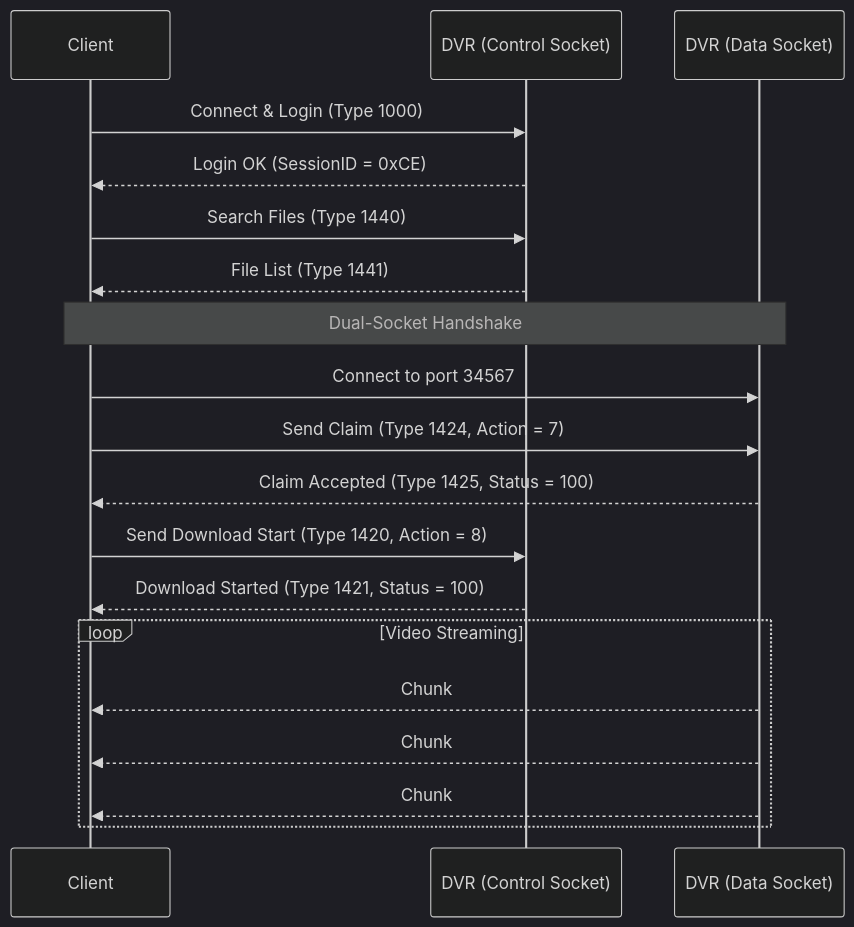
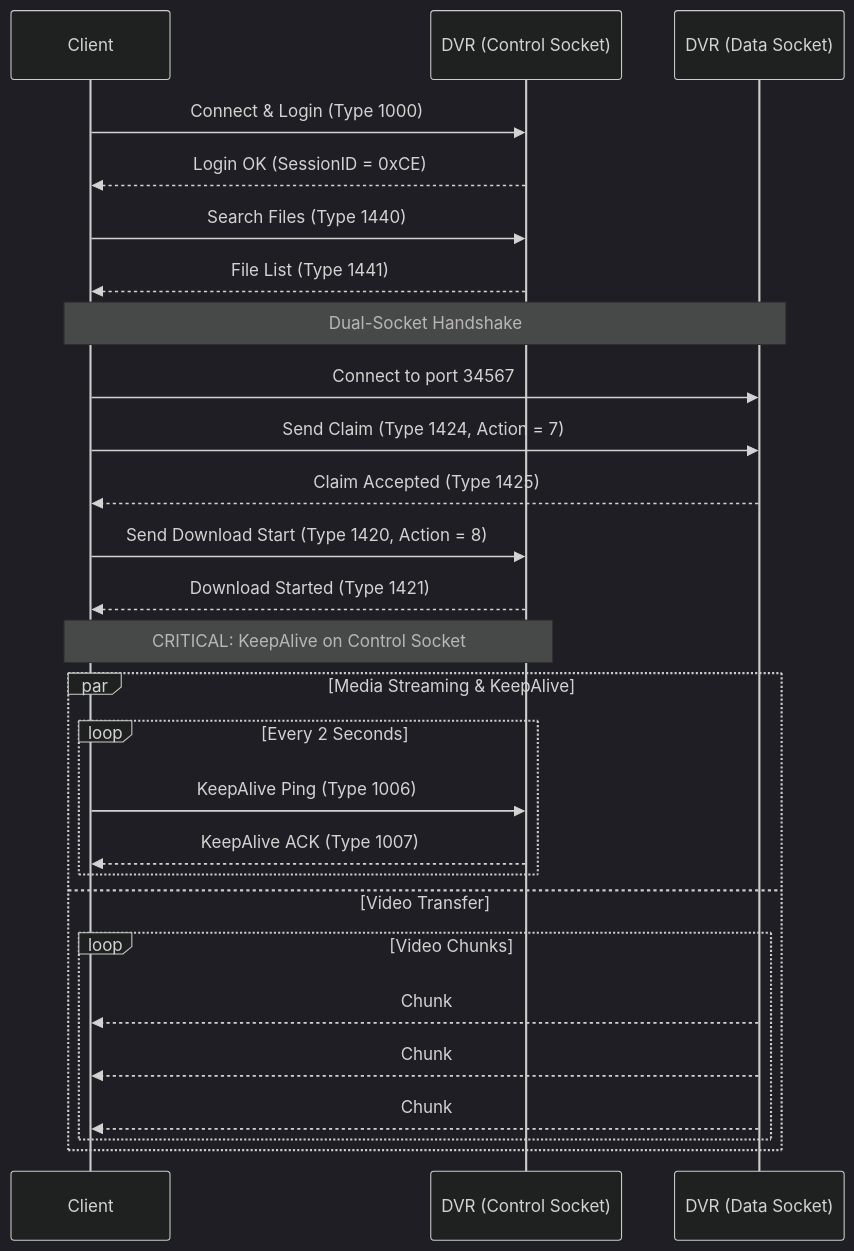
Before and after one commit to crazy3tr/OpenNetSDK: the diagram in docs/WIRE_PROTOCOL.md, drawn with Mermaid (dark theme). The commit also changed other lines of this file and 4 other files, not shown here.

Commit message:
Enhance download streaming reliability with KeepAlive watchdog and protocol refinements

````diff
--- a/docs/WIRE_PROTOCOL.md
+++ b/docs/WIRE_PROTOCOL.md
@@ -107,24 +114,32 @@
 ```mermaid
 sequenceDiagram
     participant Client
     participant DVR_Control as DVR (Control Socket)
     participant DVR_Data as DVR (Data Socket)
 
     Client->>DVR_Control: Connect & Login (Type 1000)
     DVR_Control-->>Client: Login OK (SessionID = 0xCE)
     Client->>DVR_Control: Search Files (Type 1440)
     DVR_Control-->>Client: File List (Type 1441)
 
     Note over Client,DVR_Data: Dual-Socket Handshake
     Client->>DVR_Data: Connect to port 34567
     Client->>DVR_Data: Send Claim (Type 1424, Action = 7)
-    DVR_Data-->>Client: Claim Accepted (Type 1425, Status = 100)
+    DVR_Data-->>Client: Claim Accepted (Type 1425)
     Client->>DVR_Control: Send Download Start (Type 1420, Action = 8)
-    DVR_Control-->>Client: Download Started (Type 1421, Status = 100)
+    DVR_Control-->>Client: Download Started (Type 1421)
 
-    loop Video Streaming
-        DVR_Data-->>Client: Chunk #0 (Type 1426, Len = 32768)
-        DVR_Data-->>Client: Chunk #1 (Type 1426, Len = 32768)
-        DVR_Data-->>Client: Chunk #N (Type 1426, Len = 32768)
+    Note over Client,DVR_Control: CRITICAL: KeepAlive on Control Socket
+    par Media Streaming & KeepAlive
+        loop Every 2 Seconds
+            Client->>DVR_Control: KeepAlive Ping (Type 1006)
+            DVR_Control-->>Client: KeepAlive ACK (Type 1007)
+        end
+    and Video Transfer
+        loop Video Chunks
+            DVR_Data-->>Client: Chunk #0 (Type 1426, Len = 32768)
+            DVR_Data-->>Client: Chunk #1 (Type 1426, Len = 32768)
+            DVR_Data-->>Client: Chunk #N (Type 1426, Len = 32768)
+        end
     end
 ```
````
